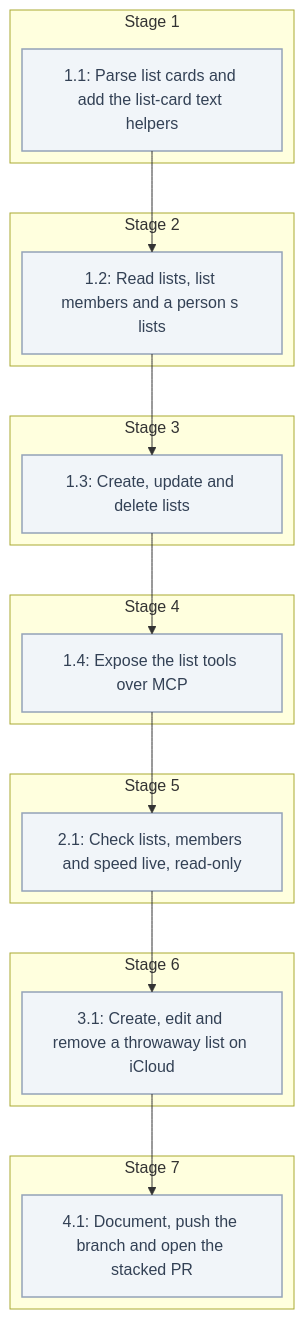
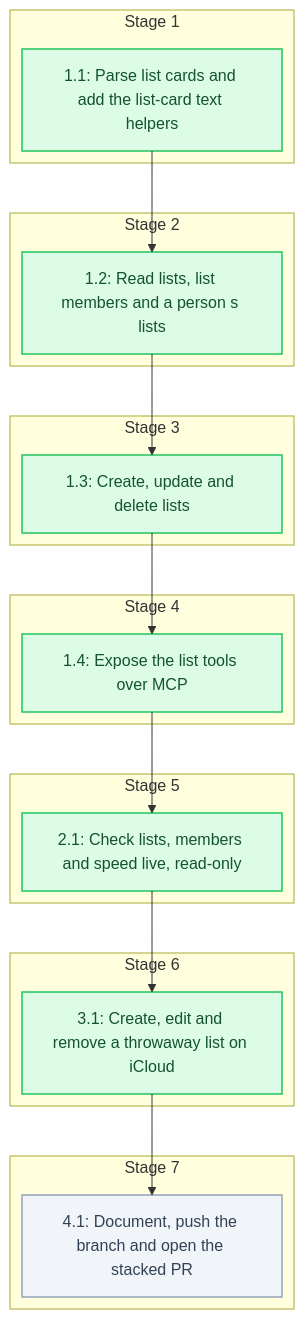
The diagram in .specs/contacts-lists/04_tasks.md (sohampatwardhan/icloud-mcp), drawn with Mermaid before and after one commit. The commit also changed other lines of this file and 4 other files, not shown here.

````diff
--- a/.specs/contacts-lists/04_tasks.md
+++ b/.specs/contacts-lists/04_tasks.md
@@ -9,39 +9,40 @@
 ```mermaid
 %%{init: {'flowchart': {'defaultRenderer': 'elk'}}}%%
 flowchart TD
+  classDef done fill:#dcfce7,stroke:#22c55e,stroke-width:1.5px,color:#14532d
   classDef pending fill:#f1f5f9,stroke:#94a3b8,stroke-width:1.5px,color:#334155
   subgraph n_stage_1["Stage 1"]
     n_1_1@{ shape: rect, label: "1.1: Parse list cards and add the list-card text helpers" }
   end
   subgraph n_stage_2["Stage 2"]
     n_1_2@{ shape: rect, label: "1.2: Read lists, list members and a person s lists" }
   end
   subgraph n_stage_3["Stage 3"]
     n_1_3@{ shape: rect, label: "1.3: Create, update and delete lists" }
   end
   subgraph n_stage_4["Stage 4"]
     n_1_4@{ shape: rect, label: "1.4: Expose the list tools over MCP" }
   end
   subgraph n_stage_5["Stage 5"]
     n_2_1@{ shape: rect, label: "2.1: Check lists, members and speed live, read-only" }
   end
   subgraph n_stage_6["Stage 6"]
     n_3_1@{ shape: rect, label: "3.1: Create, edit and remove a throwaway list on iCloud" }
   end
   subgraph n_stage_7["Stage 7"]
     n_4_1@{ shape: rect, label: "4.1: Document, push the branch and open the stacked PR" }
   end
   n_1_1 --> n_1_2
   n_1_2 --> n_1_3
   n_1_3 --> n_1_4
   n_1_4 --> n_2_1
   n_2_1 --> n_3_1
   n_3_1 --> n_4_1
-  class n_1_1 pending
-  class n_1_2 pending
-  class n_1_3 pending
-  class n_1_4 pending
-  class n_2_1 pending
-  class n_3_1 pending
+  class n_1_1 done
+  class n_1_2 done
+  class n_1_3 done
+  class n_1_4 done
+  class n_2_1 done
+  class n_3_1 done
   class n_4_1 pending
 ```
````
